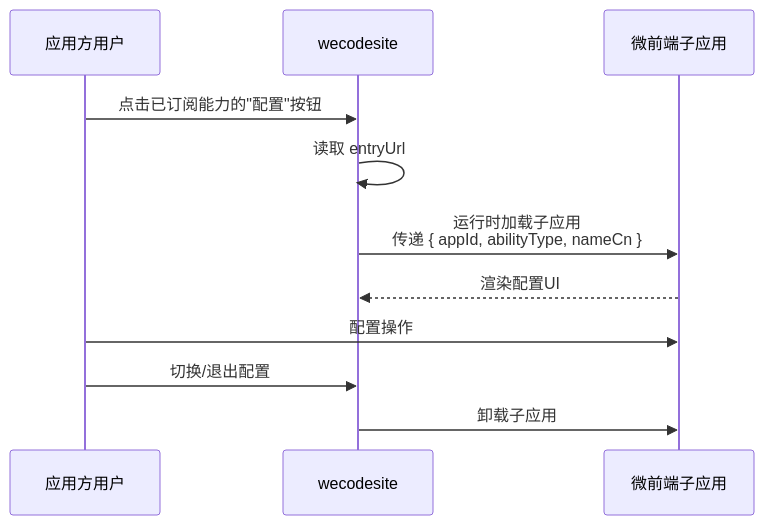
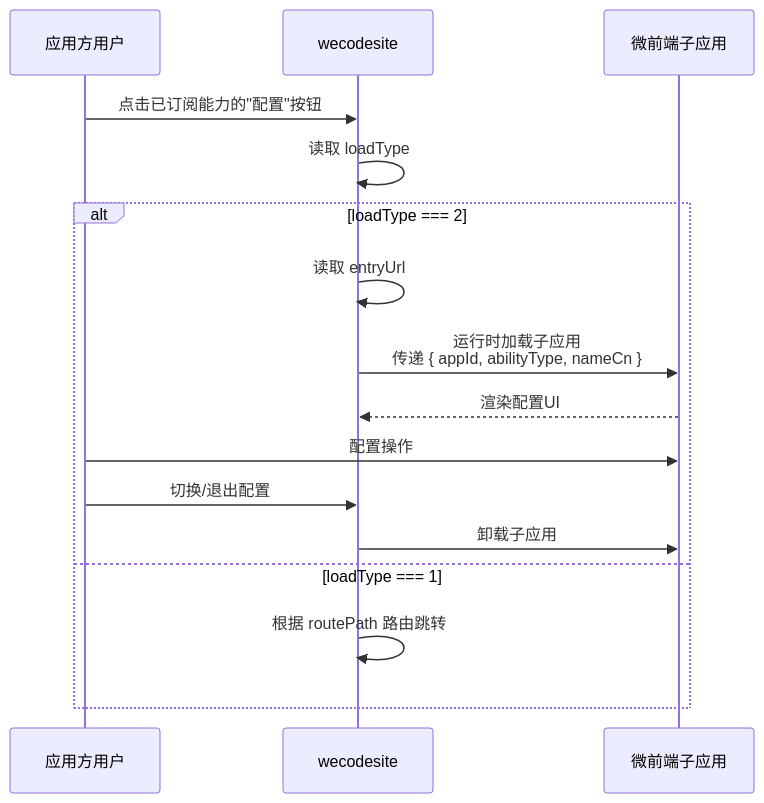
Before and after one commit to THZSummer/open-app: the fourth of 4 diagrams in .sddu/specs-tree-root/specs-tree-ability-embedding/specs-tree-embedding-open/plan.md, drawn with Mermaid. The commit also changed other lines of this file and 17 other files, not shown here.

````diff
--- a/.sddu/specs-tree-root/specs-tree-ability-embedding/specs-tree-embedding-open/plan.md
+++ b/.sddu/specs-tree-root/specs-tree-ability-embedding/specs-tree-embedding-open/plan.md
@@ -286,14 +291,19 @@
 ```mermaid
 sequenceDiagram
     participant User as 应用方用户
     participant WECODE as wecodesite
     participant SubApp as 微前端子应用
 
     User->>WECODE: 点击已订阅能力的"配置"按钮
-    WECODE->>WECODE: 读取 entryUrl
-    WECODE->>SubApp: 运行时加载子应用<br/>传递 { appId, abilityType, nameCn }
-    SubApp-->>WECODE: 渲染配置UI
-    User->>SubApp: 配置操作
-    User->>WECODE: 切换/退出配置
-    WECODE->>SubApp: 卸载子应用
+    WECODE->>WECODE: 读取 loadType
+    alt loadType === 2
+        WECODE->>WECODE: 读取 entryUrl
+        WECODE->>SubApp: 运行时加载子应用<br/>传递 { appId, abilityType, nameCn }
+        SubApp-->>WECODE: 渲染配置UI
+        User->>SubApp: 配置操作
+        User->>WECODE: 切换/退出配置
+        WECODE->>SubApp: 卸载子应用
+    else loadType === 1
+        WECODE->>WECODE: 根据 routePath 路由跳转
+    end
 ```
````
